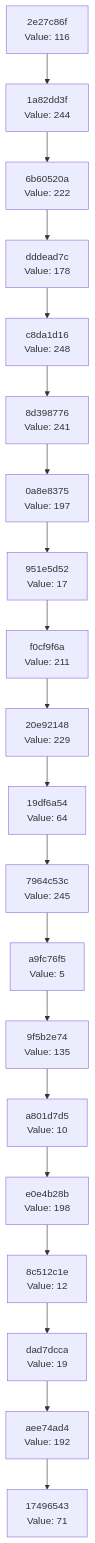
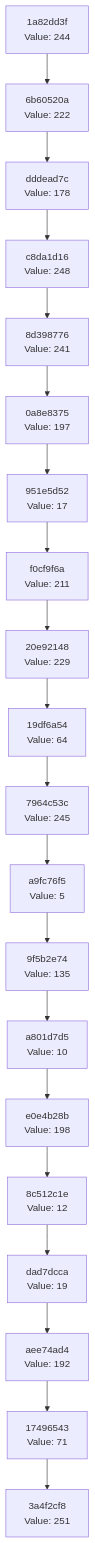
The diagram in docs/CHAIN_VISUALIZATION.md (Abhisheksinha1506/hash-chain-evolver), drawn with Mermaid before and after one commit. The commit also changed 1 other file, not shown here.

Commit message:
Evolution Step

````diff
--- a/docs/CHAIN_VISUALIZATION.md
+++ b/docs/CHAIN_VISUALIZATION.md
@@ -3,42 +3,42 @@
 ```mermaid
 graph TD
-    C0["17496543<br/>Value: 71"]
-    C1["aee74ad4<br/>Value: 192"]
+    C0["3a4f2cf8<br/>Value: 251"]
+    C1["17496543<br/>Value: 71"]
     C1 --> C0
-    C2["dad7dcca<br/>Value: 19"]
+    C2["aee74ad4<br/>Value: 192"]
     C2 --> C1
-    C3["8c512c1e<br/>Value: 12"]
+    C3["dad7dcca<br/>Value: 19"]
     C3 --> C2
-    C4["e0e4b28b<br/>Value: 198"]
+    C4["8c512c1e<br/>Value: 12"]
     C4 --> C3
-    C5["a801d7d5<br/>Value: 10"]
+    C5["e0e4b28b<br/>Value: 198"]
     C5 --> C4
-    C6["9f5b2e74<br/>Value: 135"]
+    C6["a801d7d5<br/>Value: 10"]
     C6 --> C5
-    C7["a9fc76f5<br/>Value: 5"]
+    C7["9f5b2e74<br/>Value: 135"]
     C7 --> C6
-    C8["7964c53c<br/>Value: 245"]
+    C8["a9fc76f5<br/>Value: 5"]
     C8 --> C7
-    C9["19df6a54<br/>Value: 64"]
+    C9["7964c53c<br/>Value: 245"]
     C9 --> C8
-    C10["20e92148<br/>Value: 229"]
+    C10["19df6a54<br/>Value: 64"]
     C10 --> C9
-    C11["f0cf9f6a<br/>Value: 211"]
+    C11["20e92148<br/>Value: 229"]
     C11 --> C10
-    C12["951e5d52<br/>Value: 17"]
+    C12["f0cf9f6a<br/>Value: 211"]
     C12 --> C11
-    C13["0a8e8375<br/>Value: 197"]
+    C13["951e5d52<br/>Value: 17"]
     C13 --> C12
-    C14["8d398776<br/>Value: 241"]
+    C14["0a8e8375<br/>Value: 197"]
     C14 --> C13
-    C15["c8da1d16<br/>Value: 248"]
+    C15["8d398776<br/>Value: 241"]
     C15 --> C14
-    C16["dddead7c<br/>Value: 178"]
+    C16["c8da1d16<br/>Value: 248"]
     C16 --> C15
-    C17["6b60520a<br/>Value: 222"]
+    C17["dddead7c<br/>Value: 178"]
     C17 --> C16
-    C18["1a82dd3f<br/>Value: 244"]
+    C18["6b60520a<br/>Value: 222"]
     C18 --> C17
-    C19["2e27c86f<br/>Value: 116"]
+    C19["1a82dd3f<br/>Value: 244"]
     C19 --> C18
 ```
````
